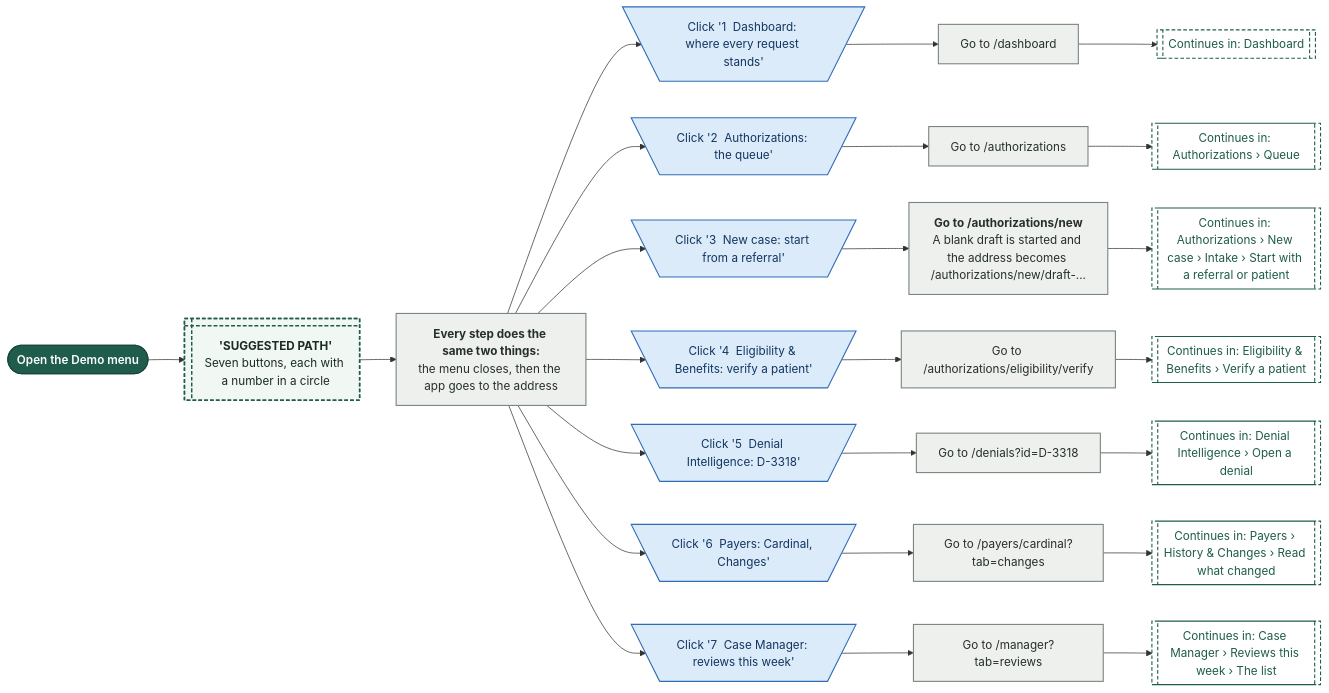
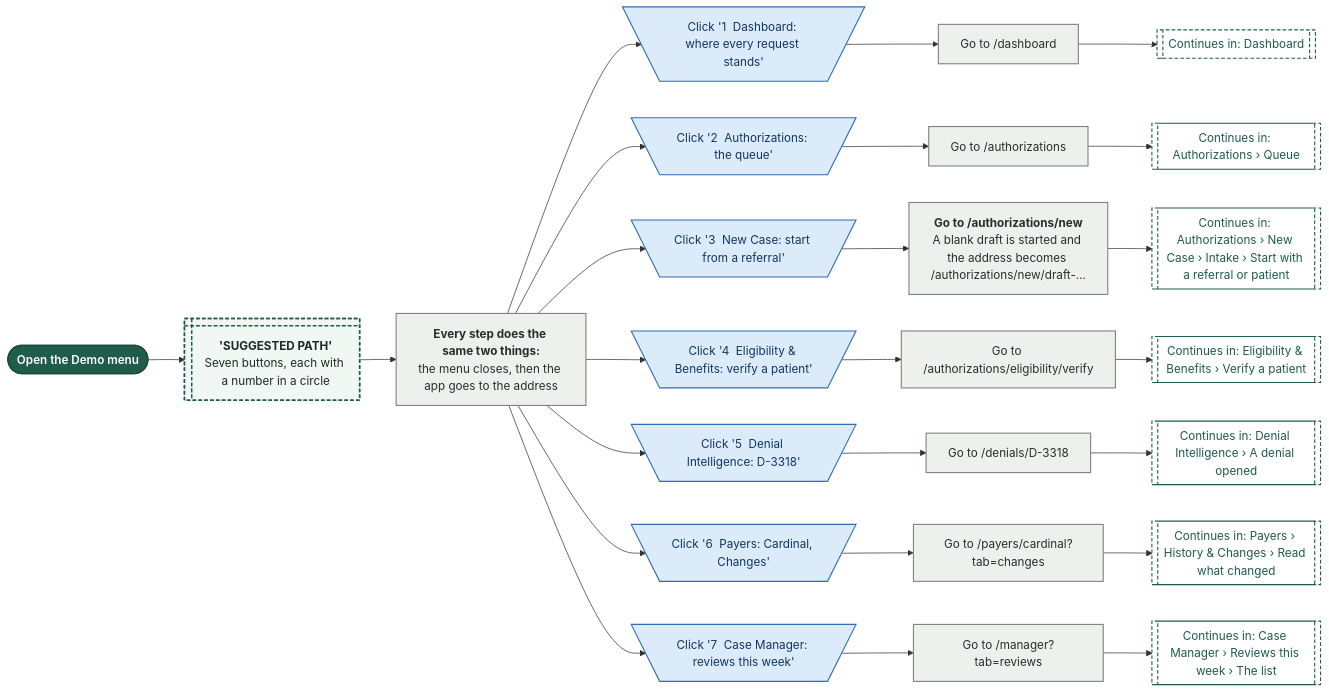
Before and after one commit to Shrav143/psyfloapp: diagram 13 of 18 in demos/prior-auth-demo/workflows/out/md/01-global-shell.md, drawn with Mermaid. The commit also changed other lines of this file and 202 other files, not shown here.

First line of the commit message:
docs: round 6 README, CONVENTIONS, spec section 17, diagram module blurbs and 336 rebuilt diagrams

````diff
--- a/demos/prior-auth-demo/workflows/out/md/01-global-shell.md
+++ b/demos/prior-auth-demo/workflows/out/md/01-global-shell.md
@@ -1028,58 +1028,58 @@
 ```mermaid
 %%{init: {"theme":"base","themeVariables":{"fontFamily":"'DM Sans', 'Segoe UI', system-ui, sans-serif","fontSize":"15px","lineColor":"#5B6B63","primaryTextColor":"#1C2B25","clusterBkg":"#FBF8F3","clusterBorder":"#D9CDBB","edgeLabelBackground":"#FFFFFF"},"flowchart":{"curve":"basis","nodeSpacing":36,"rankSpacing":48,"padding":12,"htmlLabels":true,"useMaxWidth":false,"wrappingWidth":230}} }%%
 flowchart LR
   classDef k_start fill:#1F5C4B,stroke:#174638,color:#FFFFFF,stroke-width:1.5px,font-weight:600
   classDef k_end fill:#DDEFE3,stroke:#2E7D4F,color:#14502F,stroke-width:1.5px,font-weight:600
   classDef k_endx fill:#FBE3E0,stroke:#C0392B,color:#7A1F16,stroke-width:1.5px,font-weight:600
   classDef k_screen fill:#FFFDF8,stroke:#1F5C4B,color:#1C2B25,stroke-width:2px
   classDef k_overlay fill:#F1F7F3,stroke:#1F5C4B,color:#1C2B25,stroke-width:2px,stroke-dasharray:5 3
   classDef k_click fill:#DCEBFA,stroke:#2F6DB5,color:#12365F,stroke-width:1.5px
   classDef k_input fill:#E4E7FF,stroke:#4C5FD5,color:#1D2670,stroke-width:1.5px
   classDef k_process fill:#EEF0EE,stroke:#7A857F,color:#26302B,stroke-width:1.5px
   classDef k_agent fill:#EEE5FA,stroke:#7A4FC2,color:#341A63,stroke-width:1.5px
   classDef k_decision fill:#FFF0CC,stroke:#D9962B,color:#5C3B00,stroke-width:1.5px
   classDef k_store fill:#D5F0EA,stroke:#1C8E7B,color:#0B4A3F,stroke-width:1.5px
   classDef k_doc fill:#F6E9DC,stroke:#B07A4C,color:#4A2E14,stroke-width:1.5px
   classDef k_ext fill:#FFE6D2,stroke:#E07B39,color:#6B2F06,stroke-width:1.5px
   classDef k_wait fill:#E4E8EE,stroke:#6B7C93,color:#26303D,stroke-width:1.5px
   classDef k_toast fill:#FFF9DB,stroke:#C9A400,color:#5A4A00,stroke-width:1.5px
   classDef k_goto fill:#FFFFFF,stroke:#1F5C4B,color:#1F5C4B,stroke-width:1.5px,stroke-dasharray:5 3
   s1@{ shape: stadium, label: "Open the Demo menu" }
   o1@{ shape: win-pane, label: "<b>'SUGGESTED PATH'</b><br/>Seven buttons, each with a number in a circle" }
   p0@{ shape: rect, label: "<b>Every step does the same two things:</b><br/>the menu closes, then the app goes to the address" }
   c1@{ shape: trap-t, label: "Click '1  Dashboard: where every request stands'" }
   r1@{ shape: rect, label: "Go to /dashboard" }
   g1@{ shape: subproc, label: "Continues in: Dashboard" }
   c2@{ shape: trap-t, label: "Click '2  Authorizations: the queue'" }
   r2@{ shape: rect, label: "Go to /authorizations" }
   g2@{ shape: subproc, label: "Continues in: Authorizations › Queue" }
-  c3@{ shape: trap-t, label: "Click '3  New case: start from a referral'" }
+  c3@{ shape: trap-t, label: "Click '3  New Case: start from a referral'" }
   r3@{ shape: rect, label: "<b>Go to /authorizations/new</b><br/>A blank draft is started and the address becomes /authorizations/new/draft-..." }
-  g3@{ shape: subproc, label: "Continues in: Authorizations › New case › Intake › Start with a referral or patient" }
+  g3@{ shape: subproc, label: "Continues in: Authorizations › New Case › Intake › Start with a referral or patient" }
   c4@{ shape: trap-t, label: "Click '4  Eligibility & Benefits: verify a patient'" }
   r4@{ shape: rect, label: "Go to /authorizations/eligibility/verify" }
   g4@{ shape: subproc, label: "Continues in: Eligibility & Benefits › Verify a patient" }
   c5@{ shape: trap-t, label: "Click '5  Denial Intelligence: D-3318'" }
-  r5@{ shape: rect, label: "Go to /denials?id=D-3318" }
-  g5@{ shape: subproc, label: "Continues in: Denial Intelligence › Open a denial" }
+  r5@{ shape: rect, label: "Go to /denials/D-3318" }
+  g5@{ shape: subproc, label: "Continues in: Denial Intelligence › A denial opened" }
   c6@{ shape: trap-t, label: "Click '6  Payers: Cardinal, Changes'" }
   r6@{ shape: rect, label: "Go to /payers/cardinal?tab=changes" }
   g6@{ shape: subproc, label: "Continues in: Payers › History & Changes › Read what changed" }
   c7@{ shape: trap-t, label: "Click '7  Case Manager: reviews this week'" }
   r7@{ shape: rect, label: "Go to /manager?tab=reviews" }
   g7@{ shape: subproc, label: "Continues in: Case Manager › Reviews this week › The list" }
   s1 --> o1 --> p0
   p0 --> c1 & c2 & c3 & c4 & c5 & c6 & c7
   c1 --> r1 --> g1
   c2 --> r2 --> g2
   c3 --> r3 --> g3
   c4 --> r4 --> g4
   c5 --> r5 --> g5
   c6 --> r6 --> g6
   c7 --> r7 --> g7
   class s1 k_start
   class o1 k_overlay
   class p0,r1,r2,r3,r4,r5,r6,r7 k_process
   class c1,c2,c3,c4,c5,c6,c7 k_click
   class g1,g2,g3,g4,g5,g6,g7 k_goto
 ```
````
